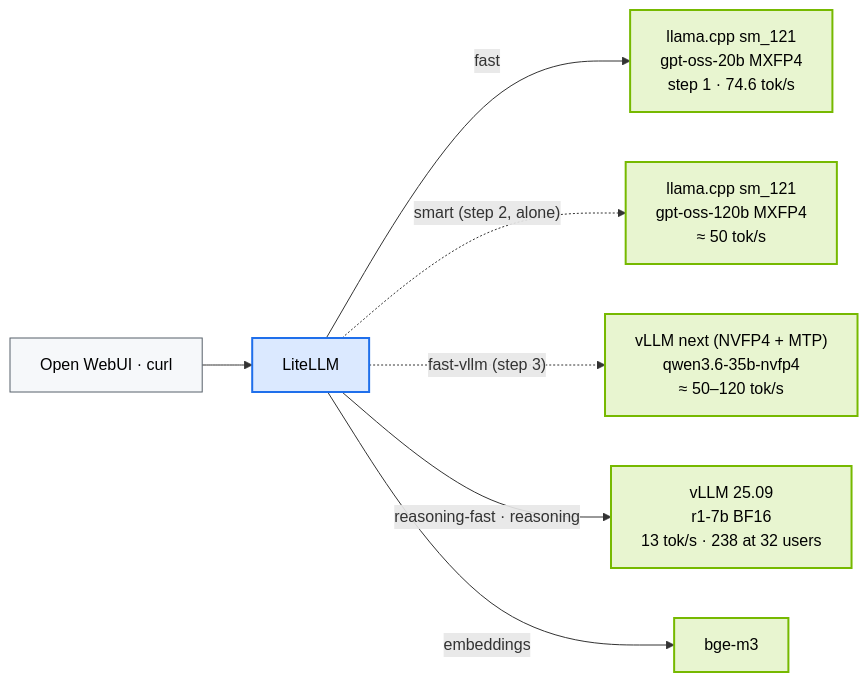
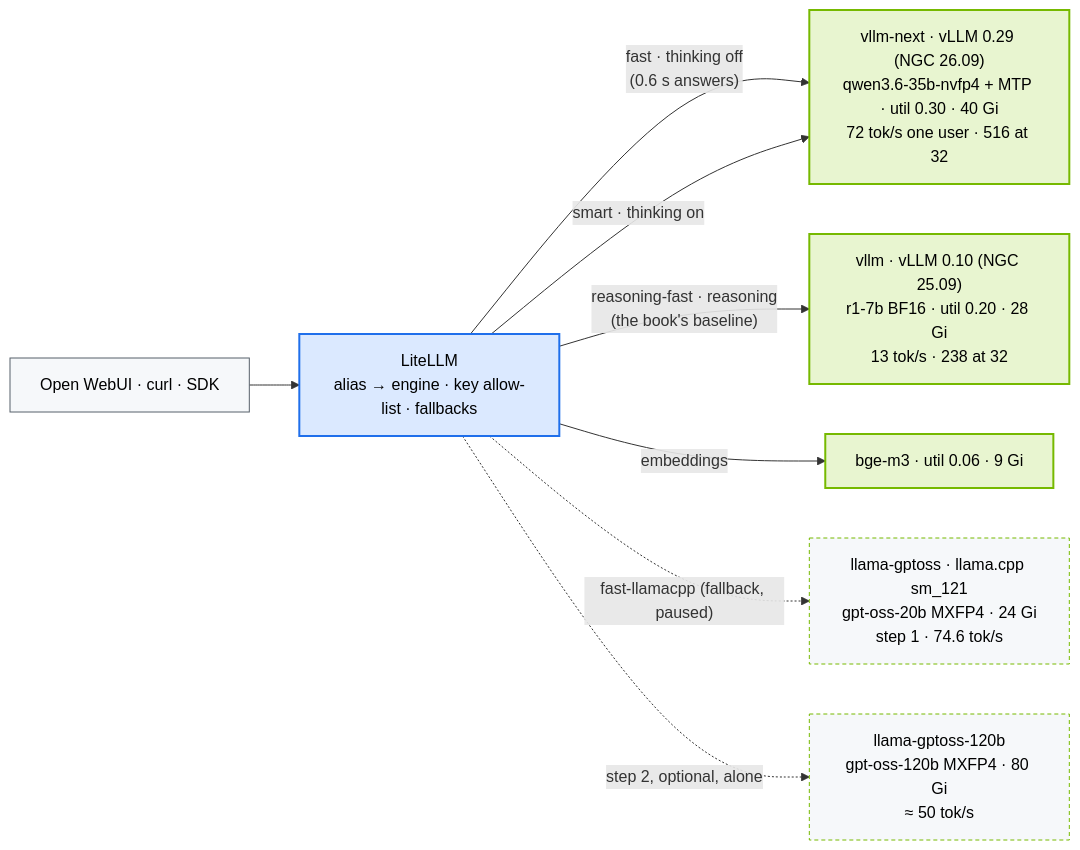
Before and after one commit to cloudone365/technical-depth: the diagram in 03-DeepSeek/20-fast-lane-more-tokens-per-second.md, drawn with Mermaid. The commit also changed other lines of this file and 2 other files, not shown here.

First line of the commit message:
03 Ch 20: header, status table, HLD diagram, LLD, verify, troubleshooting and checklist updated to the measured end state (vllm-next fast lane, fast/smart aliases); README and guide blurbs

````diff
--- a/03-DeepSeek/20-fast-lane-more-tokens-per-second.md
+++ b/03-DeepSeek/20-fast-lane-more-tokens-per-second.md
@@ -42,15 +42,18 @@
 ```mermaid
 flowchart LR
-  U["Open WebUI · curl"] --> L["LiteLLM"]
-  L -->|"fast"| G["llama.cpp sm_121<br/>gpt-oss-20b MXFP4<br/>step 1 · 74.6 tok/s"]
-  L -.->|"smart (step 2, alone)"| H["llama.cpp sm_121<br/>gpt-oss-120b MXFP4<br/>≈ 50 tok/s"]
-  L -.->|"fast-vllm (step 3)"| N["vLLM next (NVFP4 + MTP)<br/>qwen3.6-35b-nvfp4<br/>≈ 50–120 tok/s"]
-  L -->|"reasoning-fast · reasoning"| V["vLLM 25.09<br/>r1-7b BF16<br/>13 tok/s · 238 at 32 users"]
-  L -->|"embeddings"| E["bge-m3"]
+  U["Open WebUI · curl · SDK"] --> L["LiteLLM<br/>alias → engine · key allow-list · fallbacks"]
+  L -->|"fast · thinking off<br/>(0.6 s answers)"| N["vllm-next · vLLM 0.29 (NGC 26.09)<br/>qwen3.6-35b-nvfp4 + MTP · util 0.30 · 40 Gi<br/>72 tok/s one user · 516 at 32"]
+  L -->|"smart · thinking on"| N
+  L -->|"reasoning-fast · reasoning<br/>(the book's baseline)"| V["vllm · vLLM 0.10 (NGC 25.09)<br/>r1-7b BF16 · util 0.20 · 28 Gi<br/>13 tok/s · 238 at 32"]
+  L -->|"embeddings"| E["bge-m3 · util 0.06 · 9 Gi"]
+  L -.->|"fast-llamacpp (fallback, paused)"| G["llama-gptoss · llama.cpp sm_121<br/>gpt-oss-20b MXFP4 · 24 Gi<br/>step 1 · 74.6 tok/s"]
+  L -.->|"step 2, optional, alone"| H["llama-gptoss-120b<br/>gpt-oss-120b MXFP4 · 80 Gi<br/>≈ 50 tok/s"]
   classDef gpu fill:#e8f5d0,stroke:#76b900,stroke-width:2px,color:#000
   classDef k8s fill:#dbe9ff,stroke:#1f6feb,stroke-width:2px,color:#000
   classDef ext fill:#f6f8fa,stroke:#57606a,color:#000
-  class G,H,N,V,E gpu
+  classDef off fill:#f6f8fa,stroke:#76b900,stroke-dasharray:4 3,color:#000
+  class N,V,E gpu
+  class G,H off
   class L k8s
   class U ext
 ```
````
